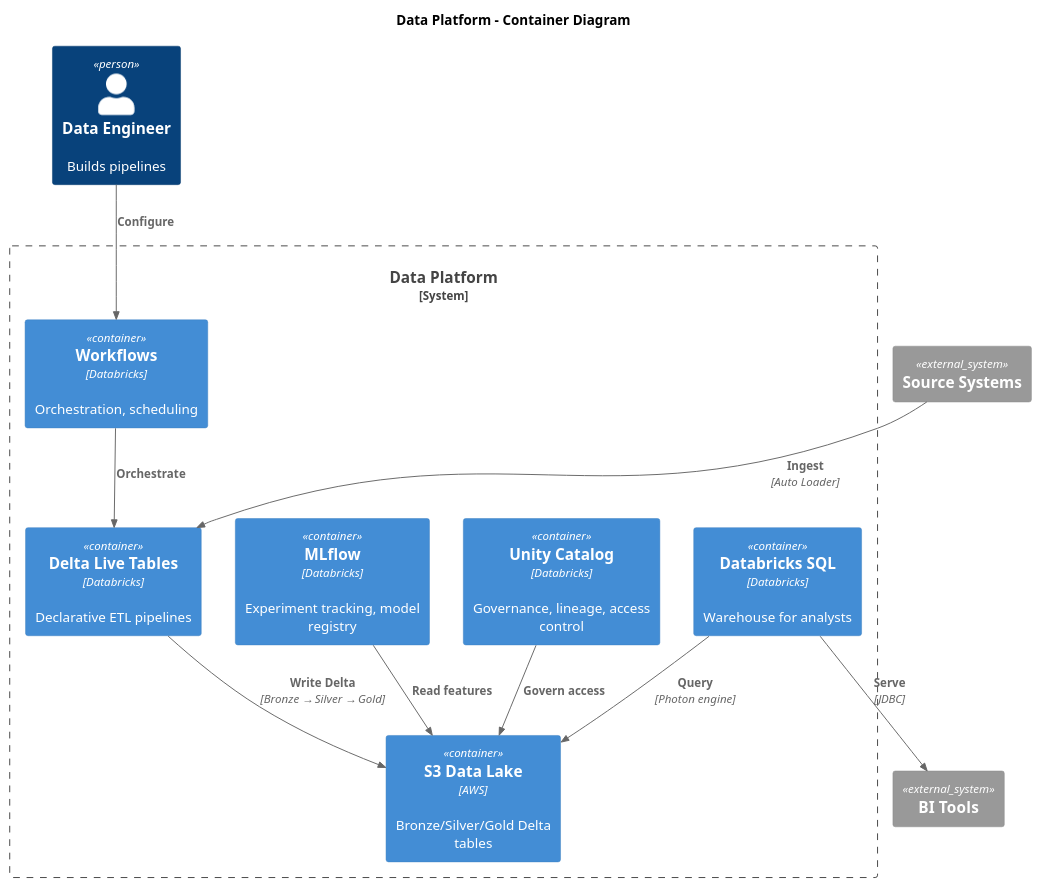
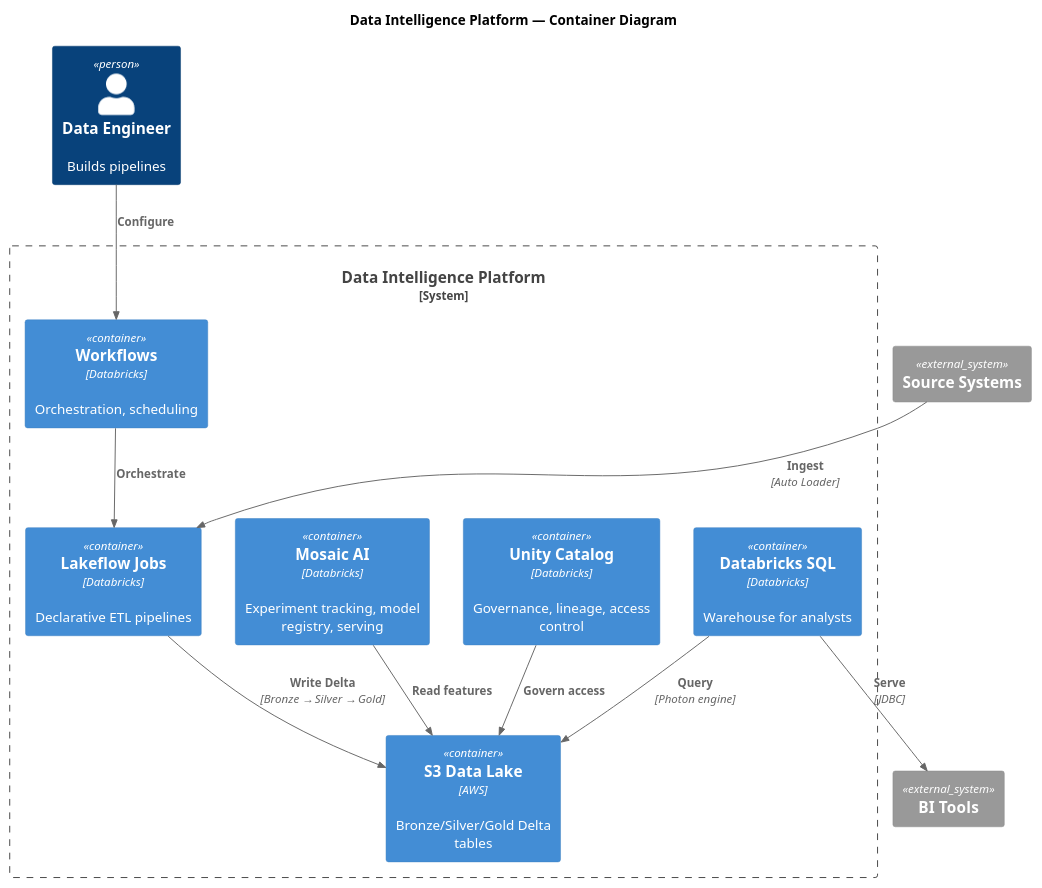
Before and after one commit to saselvan/claude-skills: diagram 17 of 22 in diagram/SKILL.md, drawn with PlantUML. The commit also changed other lines of this file and 2 other files, not shown here.

Commit message:
diagram v3.1: border conventions, icon conventions, cloud platform layer, lifecycle exception, expanded product naming — from Databricks ref arch analysis

````diff
--- a/diagram/SKILL.md
+++ b/diagram/SKILL.md
@@ -571,30 +851,30 @@
 ```plantuml
 @startuml
 !include <C4/C4_Container>
 
-title Data Platform - Container Diagram
+title Data Intelligence Platform — Container Diagram
 
 Person(eng, "Data Engineer", "Builds pipelines")
 
-System_Boundary(platform, "Data Platform") {
+System_Boundary(platform, "Data Intelligence Platform") {
     Container(uc, "Unity Catalog", "Databricks", "Governance, lineage, access control")
-    Container(dlt, "Delta Live Tables", "Databricks", "Declarative ETL pipelines")
+    Container(dlt, "Lakeflow Jobs", "Databricks", "Declarative ETL pipelines")
     Container(sql, "Databricks SQL", "Databricks", "Warehouse for analysts")
-    Container(mlflow, "MLflow", "Databricks", "Experiment tracking, model registry")
+    Container(mosaic, "Mosaic AI", "Databricks", "Experiment tracking, model registry, serving")
     Container(s3, "S3 Data Lake", "AWS", "Bronze/Silver/Gold Delta tables")
     Container(workflows, "Workflows", "Databricks", "Orchestration, scheduling")
 }
 
 System_Ext(sources, "Source Systems")
 System_Ext(bi, "BI Tools")
 
 Rel(sources, dlt, "Ingest", "Auto Loader")
 Rel(dlt, s3, "Write Delta", "Bronze → Silver → Gold")
 Rel(uc, s3, "Govern access")
 Rel(sql, s3, "Query", "Photon engine")
-Rel(mlflow, s3, "Read features")
+Rel(mosaic, s3, "Read features")
 Rel(workflows, dlt, "Orchestrate")
 Rel(eng, workflows, "Configure")
 Rel(sql, bi, "Serve", "JDBC")
 @enduml
 ```
````
